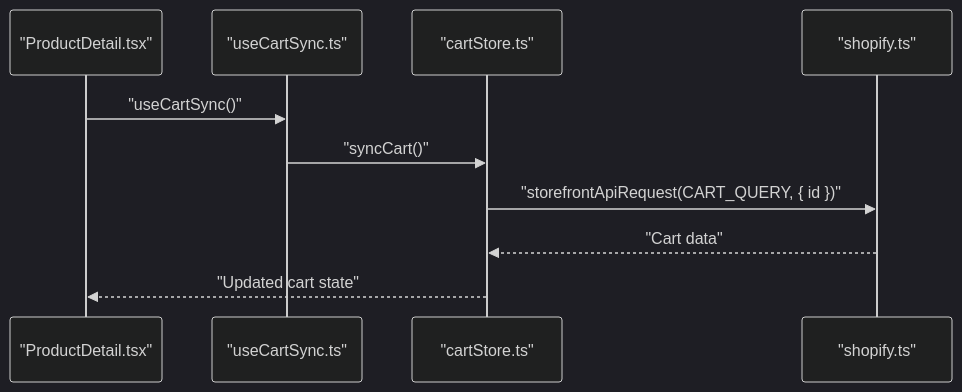
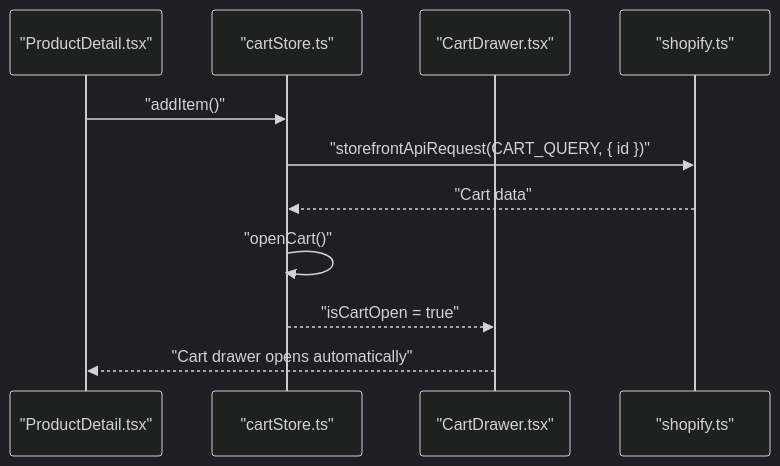
One commit to Hawky1/ryland changed the second of 6 diagrams in .qoder/repowiki/en/content/State Management.md. Above: the diagram before and after it, drawn with Mermaid (dark theme). The commit also changed other lines of this file and 26 other files, not shown here.

````diff
--- a/.qoder/repowiki/en/content/State Management.md
+++ b/.qoder/repowiki/en/content/State Management.md
@@ -133,12 +136,13 @@
 ```mermaid
 sequenceDiagram
 participant UI as "ProductDetail.tsx"
-participant Hook as "useCartSync.ts"
 participant Store as "cartStore.ts"
+participant Drawer as "CartDrawer.tsx"
 participant API as "shopify.ts"
-UI->>Hook : "useCartSync()"
-Hook->>Store : "syncCart()"
+UI->>Store : "addItem()"
 Store->>API : "storefrontApiRequest(CART_QUERY, { id })"
 API-->>Store : "Cart data"
-Store-->>UI : "Updated cart state"
+Store->>Store : "openCart()"
+Store-->>Drawer : "isCartOpen = true"
+Drawer-->>UI : "Cart drawer opens automatically"
 ```
````
